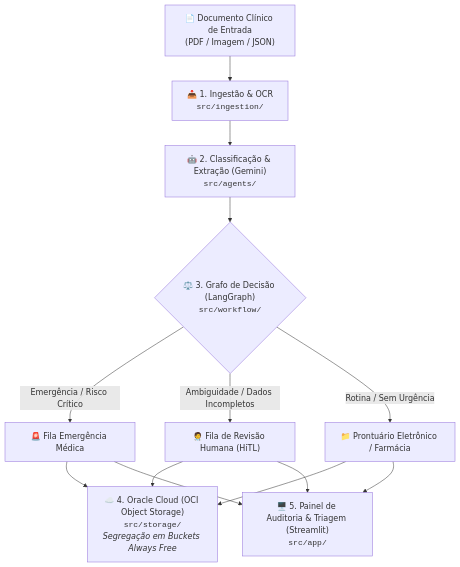
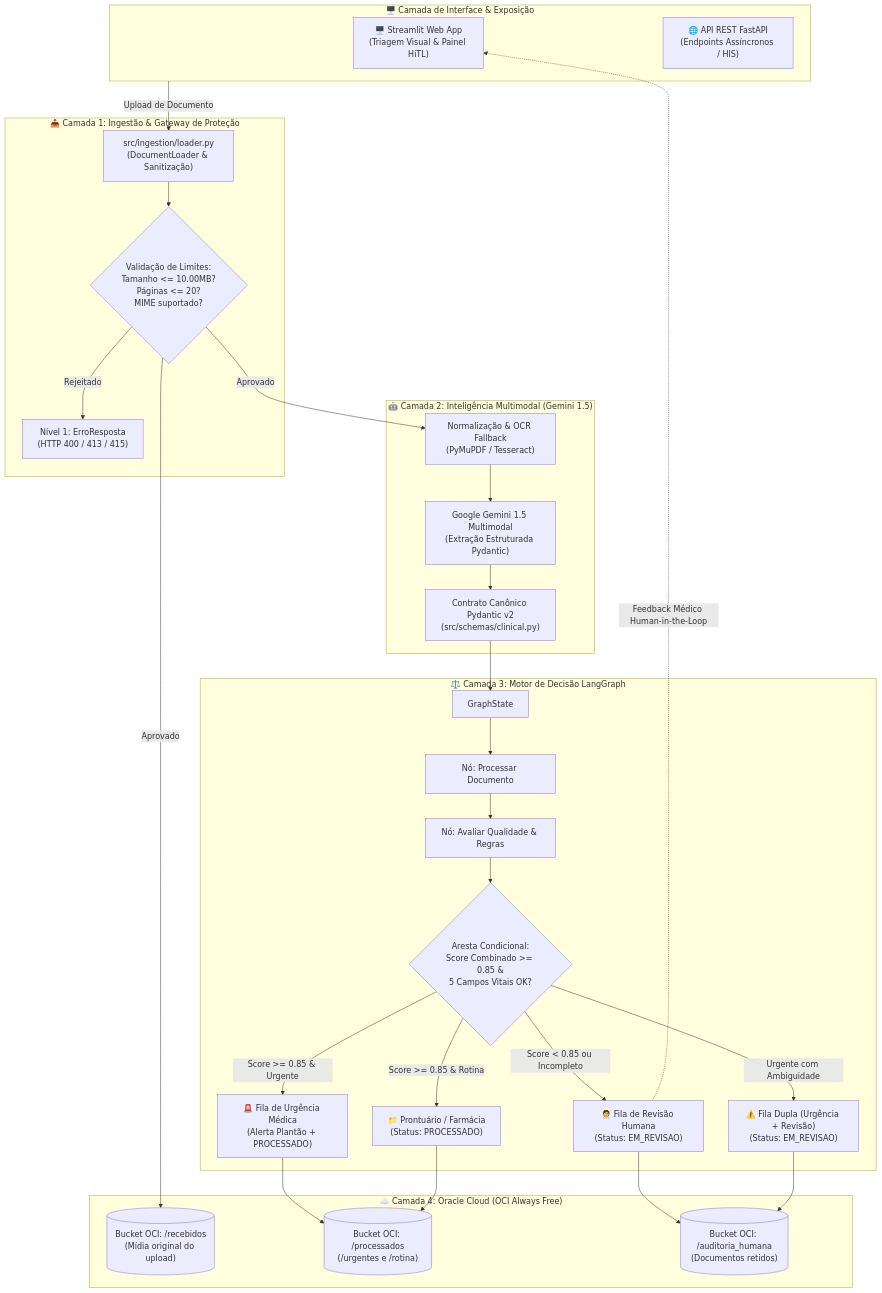
Before and after one commit to No-Country-simulation/g10-brasil-equipe-15_mediflow: the first of 2 diagrams in ARQUITETURA.md, drawn with Mermaid. The commit also changed other lines of this file and 7 other files, not shown here.

````diff
--- a/ARQUITETURA.md
+++ b/ARQUITETURA.md
@@ -12,20 +34,60 @@
 ```mermaid
 flowchart TD
-    Doc["📄 Documento Clínico de Entrada<br/>(PDF / Imagem / JSON)"] --> Ingestion["📥 1. Ingestão & OCR<br/><code>src/ingestion/</code>"]
+    subgraph CLIENTS["🖥️ Camada de Interface & Exposição"]
+        UI["🖥️ Streamlit Web App<br/>(Triagem Visual & Painel HiTL)"]
+        API_CLI["🌐 API REST FastAPI<br/>(Endpoints Assíncronos / HIS)"]
+    end
+
+    subgraph INGESTION["📥 Camada 1: Ingestão & Gateway de Proteção"]
+        LOADER["src/ingestion/loader.py<br/>(DocumentLoader & Sanitização)"]
+        VAL_RULES{"Validação de Limites:<br/>Tamanho <= 10.00MB?<br/>Páginas <= 20?<br/>MIME suportado?"}
+        ERR_GATEWAY["Nível 1: ErroResposta<br/>(HTTP 400 / 413 / 415)"]
+    end
+
+    subgraph AI_CORE["🤖 Camada 2: Inteligência Multimodal (Gemini 1.5)"]
+        OCR["Normalização & OCR Fallback<br/>(PyMuPDF / Tesseract)"]
+        LLM["Google Gemini 1.5 Multimodal<br/>(Extração Estruturada Pydantic)"]
+        SCHEMA["Contrato Canônico Pydantic v2<br/>(src/schemas/clinical.py)"]
+    end
+
+    subgraph WORKFLOW["⚖️ Camada 3: Motor de Decisão LangGraph"]
+        STATE["GraphState"]
+        N_EXTRACT["Nó: Processar Documento"]
+        N_EVAL["Nó: Avaliar Qualidade & Regras"]
+        COND_DECIDE{"Aresta Condicional:<br/>Score Combinado >= 0.85 &<br/>5 Campos Vitais OK?"}
+        
+        Q_URG["🚨 Fila de Urgência Médica<br/>(Alerta Plantão + PROCESSADO)"]
+        Q_REV["🧑‍⚕️ Fila de Revisão Humana<br/>(Status: EM_REVISAO)"]
+        Q_ROT["📁 Prontuário / Farmácia<br/>(Status: PROCESSADO)"]
+        Q_MISTO["⚠️ Fila Dupla (Urgência + Revisão)<br/>(Status: EM_REVISAO)"]
+    end
+
+    subgraph STORAGE["☁️ Camada 4: Oracle Cloud (OCI Always Free)"]
+        OCI_IN[("Bucket OCI: /recebidos<br/>(Mídia original do upload)")]
+        OCI_PROC[("Bucket OCI: /processados<br/>(/urgentes e /rotina)")]
+        OCI_AUDIT[("Bucket OCI: /auditoria_humana<br/>(Documentos retidos)")]
+    end
+
+    CLIENTS -->|Upload de Documento| LOADER
+    LOADER --> VAL_RULES
+    VAL_RULES -- "Rejeitado" --> ERR_GATEWAY
+    VAL_RULES -- "Aprovado" --> OCI_IN
+    VAL_RULES -- "Aprovado" --> OCR
     
-    Ingestion --> LLM["🤖 2. Classificação & Extração (Gemini)<br/><code>src/agents/</code>"]
+    OCR --> LLM
+    LLM --> SCHEMA
+    SCHEMA --> STATE
+    STATE --> N_EXTRACT --> N_EVAL --> COND_DECIDE
     
-    LLM --> Graph{"⚖️ 3. Grafo de Decisão (LangGraph)<br/><code>src/workflow/</code>"}
+    COND_DECIDE -- "Score < 0.85 ou Incompleto" --> Q_REV
+    COND_DECIDE -- "Score >= 0.85 & Urgente" --> Q_URG
+    COND_DECIDE -- "Score >= 0.85 & Rotina" --> Q_ROT
+    COND_DECIDE -- "Urgente com Ambiguidade" --> Q_MISTO
     
-    Graph -->|"Emergência / Risco Crítico"| QueueEmergencia["🚨 Fila Emergência Médica"]
-    Graph -->|"Ambiguidade / Dados Incompletos"| QueueAuditoria["🧑‍⚕️ Fila de Revisão Humana (HiTL)"]
-    Graph -->|"Rotina / Sem Urgência"| QueueProntuario["📁 Prontuário Eletrônico / Farmácia"]
+    Q_URG --> OCI_PROC
+    Q_ROT --> OCI_PROC
+    Q_REV --> OCI_AUDIT
+    Q_MISTO --> OCI_AUDIT
     
-    QueueEmergencia --> OCI["☁️ 4. Oracle Cloud (OCI Object Storage)<br/><code>src/storage/</code><br/><i>Segregação em Buckets Always Free</i>"]
-    QueueAuditoria --> OCI
-    QueueProntuario --> OCI
-    
-    QueueAuditoria --> UI["🖥️ 5. Painel de Auditoria & Triagem (Streamlit)<br/><code>src/app/</code>"]
-    QueueEmergencia --> UI
-    QueueProntuario --> UI
+    Q_REV -.->|Feedback Médico Human-in-the-Loop| UI
 ```
````
